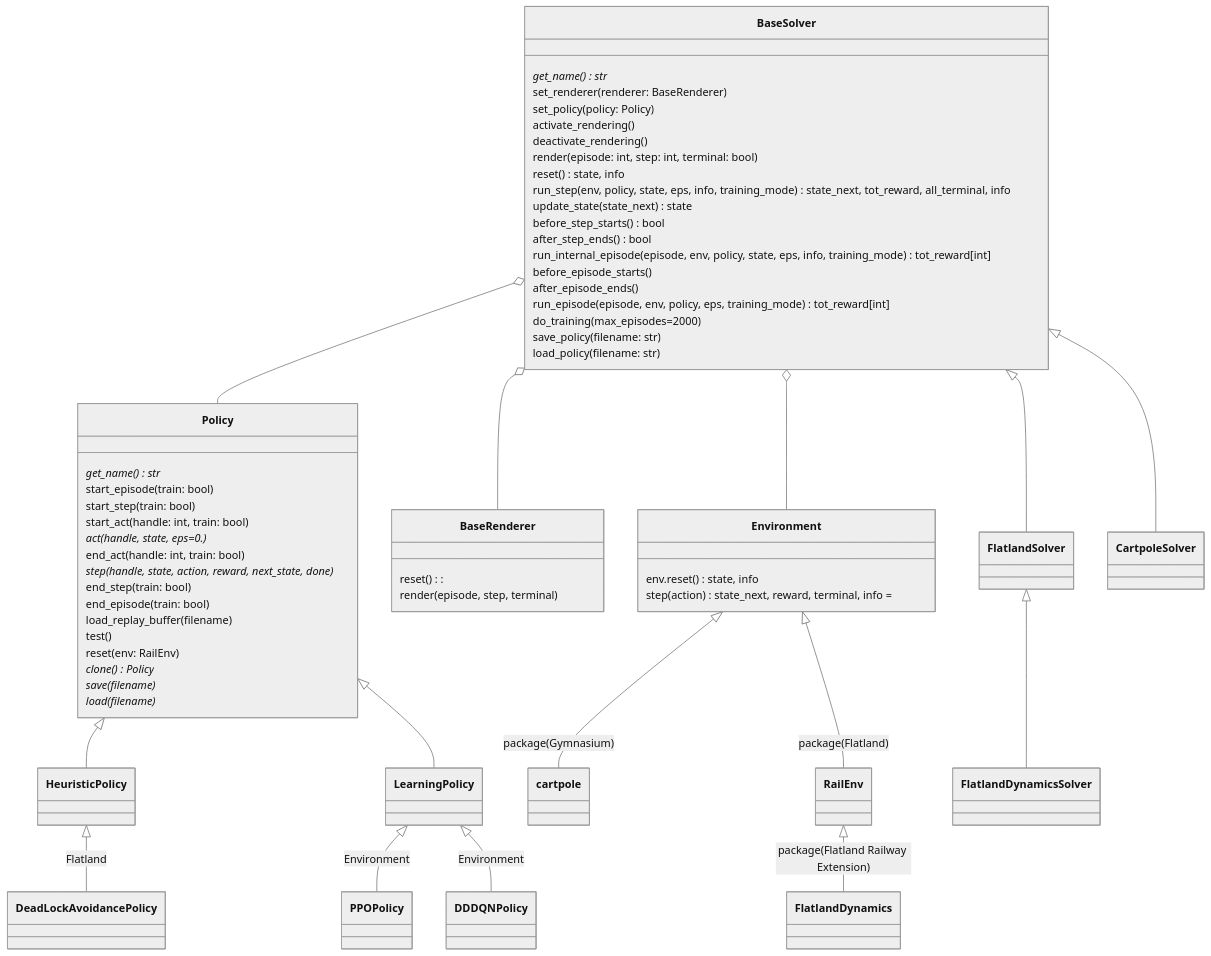
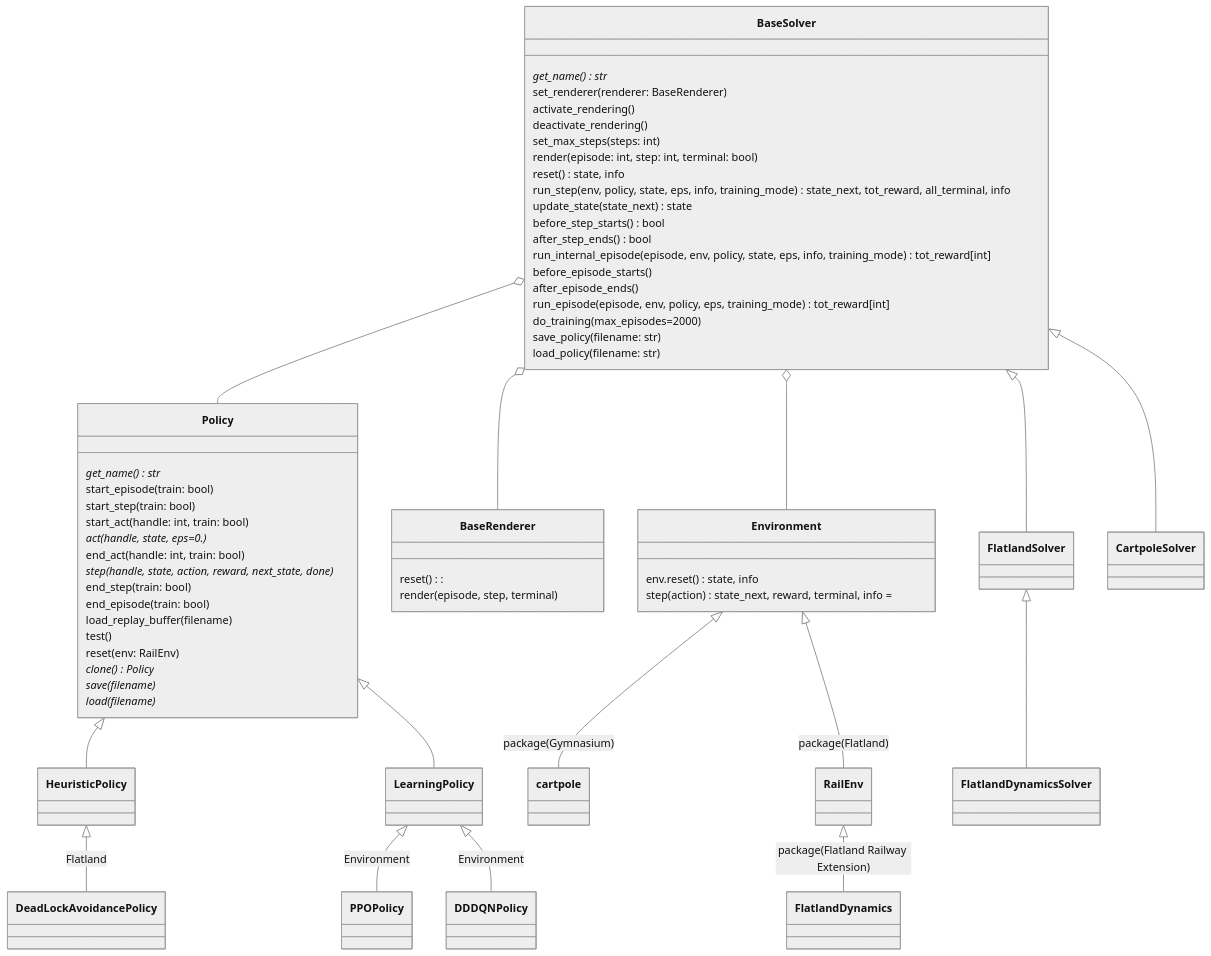
The second of 3 diagrams in README.md (aiAdrian/flatland_solver_policy), drawn with Mermaid (neutral theme) before and after one commit. The commit also changed other lines of this file and 6 other files, not shown here.

````diff
--- a/README.md
+++ b/README.md
@@ -33,73 +33,73 @@
 ```mermaid
 classDiagram
        
     BaseSolver o-- Policy
     BaseSolver o-- BaseRenderer
     BaseSolver o-- Environment
 
     Environment <|-- cartpole : package(Gymnasium)
     Environment <|-- RailEnv : package(Flatland)
     RailEnv <|-- FlatlandDynamics : package(Flatland Railway Extension)
     
     BaseSolver <|-- FlatlandSolver
     BaseSolver <|-- CartpoleSolver
     FlatlandSolver <|-- FlatlandDynamicsSolver
     
     Policy  <|-- HeuristicPolicy
 
     HeuristicPolicy  <|-- DeadLockAvoidancePolicy : Flatland
 
     Policy  <|-- LearningPolicy
 
     LearningPolicy <|-- PPOPolicy : Environment
     LearningPolicy <|-- DDDQNPolicy : Environment
 
     class Environment {
         env.reset() state, info
         step(action) state_next, reward, terminal, info = 
     }
 
     class Policy{
       get_name()* str
       start_episode(train: bool)
       start_step(train: bool)
       start_act(handle: int, train: bool)
       act(handle, state, eps=0.)*
       end_act(handle: int, train: bool)
       step(handle, state, action, reward, next_state, done)*
       end_step(train: bool)
       end_episode(train: bool)
       load_replay_buffer(filename)
       test()
       reset(env: RailEnv)
       clone()* Policy
       save(filename)*
       load(filename)* 
     }
 
     class BaseRenderer {
         reset():
         render(episode, step, terminal)
     }
 
     class BaseSolver {
         get_name()* str
         set_renderer(renderer: BaseRenderer)
-        set_policy(policy: Policy)
         activate_rendering()
         deactivate_rendering()
+        set_max_steps(steps: int)
         render(episode: int, step: int, terminal: bool)
         reset() state, info
         run_step(env, policy, state, eps, info, training_mode) state_next, tot_reward, all_terminal, info
         update_state(state_next) state
         before_step_starts() bool
         after_step_ends() bool
         run_internal_episode( episode, env, policy, state, eps, info, training_mode) tot_reward[int]
         before_episode_starts()
         after_episode_ends()
         run_episode(episode, env, policy, eps, training_mode) tot_reward[int]
         do_training(max_episodes=2000)
         save_policy(filename: str)
         load_policy(filename: str)
     }
 ``` 
````
